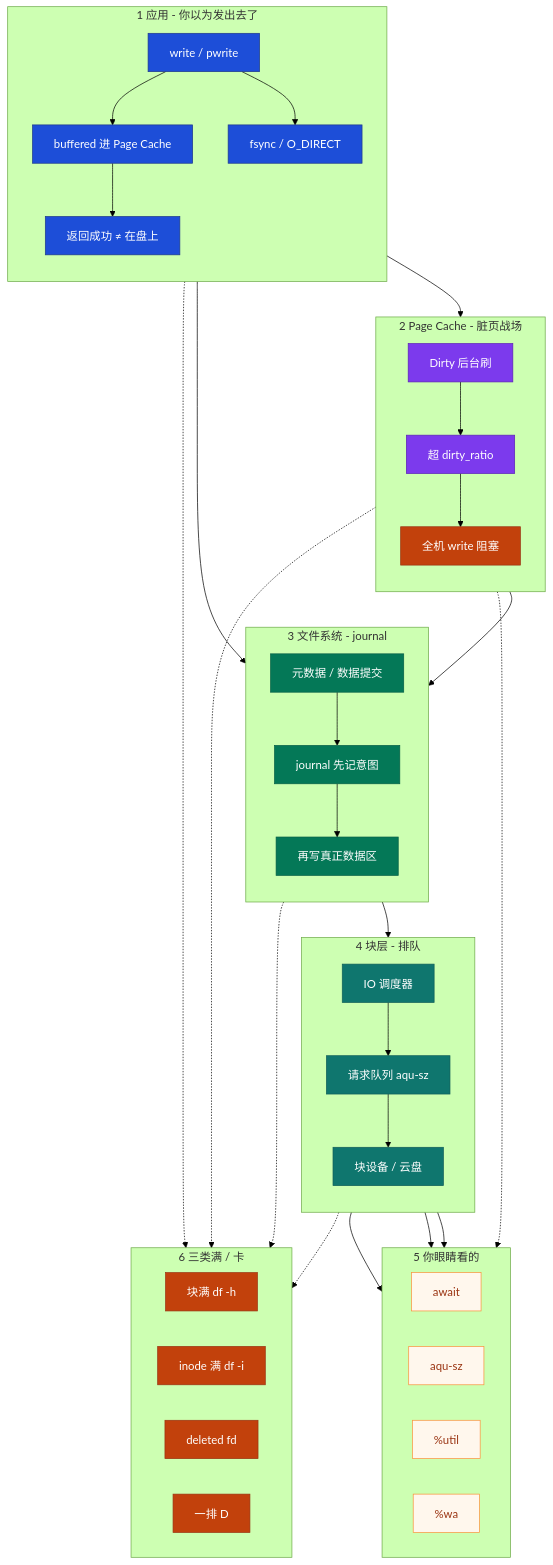
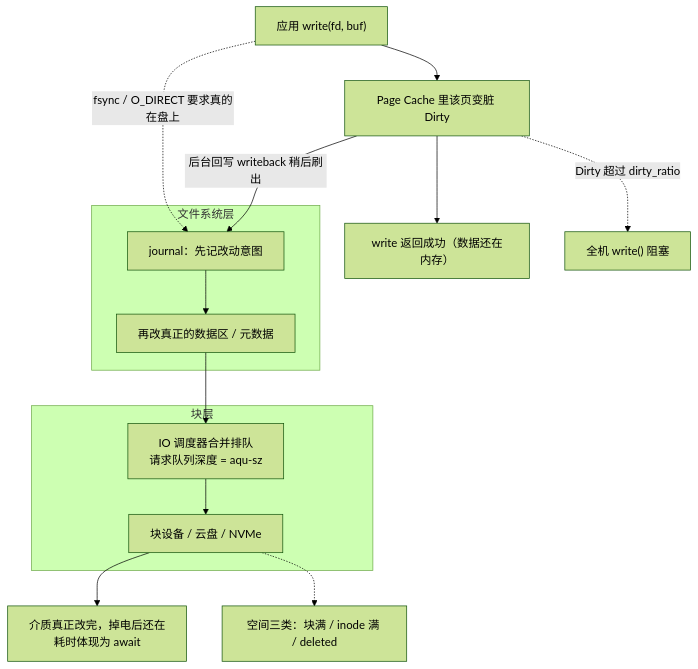
One commit to ml-cuizijun/LearnToLilith changed the first of 9 diagrams in 01-基础底座/08-磁盘与IO/知识点.md. Above: the diagram before and after it, drawn with Mermaid (forest theme). The commit also changed other lines of this file and 470 other files, not shown here.

````diff
--- a/01-基础底座/08-磁盘与IO/知识点.md
+++ b/01-基础底座/08-磁盘与IO/知识点.md
@@ -56,70 +15,17 @@
 ```mermaid
 flowchart TB
-    classDef send fill:#1D4ED8,stroke:#1E3A8A,color:#fff
-    classDef cache fill:#7C3AED,stroke:#5B21B6,color:#fff
-    classDef blk fill:#047857,stroke:#065F46,color:#fff
-    classDef disk fill:#0F766E,stroke:#115E59,color:#fff
-    classDef danger fill:#C2410C,stroke:#9A3412,color:#fff
-    classDef note fill:#FFF7ED,stroke:#FB923C,color:#9A3412
-
-    subgraph APP["1 应用 - 你以为发出去了"]
-        direction TB
-        A1["write / pwrite"] --> A2["buffered 进 Page Cache"]
-        A2 --> A3["返回成功 ≠ 在盘上"]
-        A1 --> A4["fsync / O_DIRECT"]
+    A1["应用 write(fd, buf)"] --> A2["Page Cache 里该页变脏 Dirty"]
+    A2 --> A3["write 返回成功（数据还在内存）"]
+    A1 -.->|"fsync / O_DIRECT 要求真的在盘上"| F1
+    A2 -->|"后台回写 writeback 稍后刷出"| F1
+    subgraph FS["文件系统层"]
+        F1["journal：先记改动意图"] --> F2["再改真正的数据区 / 元数据"]
     end
-
-    subgraph PC["2 Page Cache - 脏页战场"]
-        direction TB
-        P1["Dirty 后台刷"] --> P2["超 dirty_ratio"]
-        P2 --> P3["全机 write 阻塞"]
+    subgraph BLK["块层"]
+        B1["IO 调度器合并排队<br/>请求队列深度 = aqu-sz"] --> B2["块设备 / 云盘 / NVMe"]
     end
-
-    subgraph FS["3 文件系统 - journal"]
-        direction TB
-        F1["元数据 / 数据提交"] --> F2["journal 先记意图"]
-        F2 --> F3["再写真正数据区"]
-    end
-
-    subgraph BLK["4 块层 - 排队"]
-        direction TB
-        B1["IO 调度器"] --> B2["请求队列 aqu-sz"]
-        B2 --> B3["块设备 / 云盘"]
-    end
-
-    subgraph EYE["5 你眼睛看的"]
-        direction LR
-        E1["await"]
-        E2["aqu-sz"]
-        E3["%util"]
-        E4["%wa"]
-    end
-
-    subgraph FULL["6 三类满 / 卡"]
-        direction LR
-        X1["块满 df -h"]
-        X2["inode 满 df -i"]
-        X3["deleted fd"]
-        X4["一排 D"]
-    end
-
-    A2 --> P1
-    A4 --> F1
-    P1 --> F1
-    P3 -.-> X4
-    F3 --> B1
-    B3 --> E1
-    B3 --> E2
-    B3 --> E3
-    P3 -.-> E4
-    B3 -.-> X1
-    F1 -.-> X2
-    A2 -.-> X3
-
-    class A1,A2,A3,A4 send
-    class P1,P2,P3 cache
-    class F1,F2,F3 blk
-    class B1,B2,B3 disk
-    class X1,X2,X3,X4,P3 danger
-    class E1,E2,E3,E4 note
+    F2 --> B1
+    B2 --> C1["介质真正改完，掉电后还在<br/>耗时体现为 await"]
+    A2 -.->|"Dirty 超过 dirty_ratio"| X1["全机 write() 阻塞"]
+    B2 -.-> X2["空间三类：块满 / inode 满 / deleted"]
 ```
````
